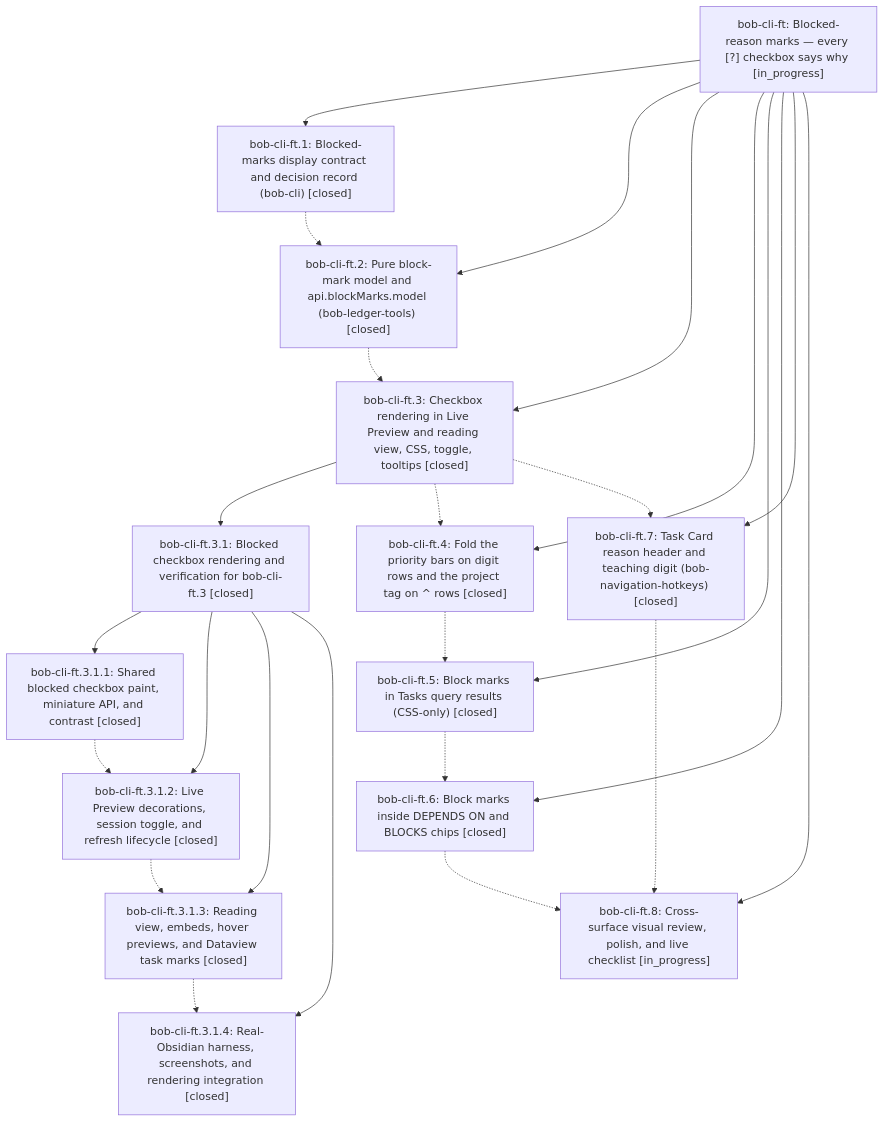
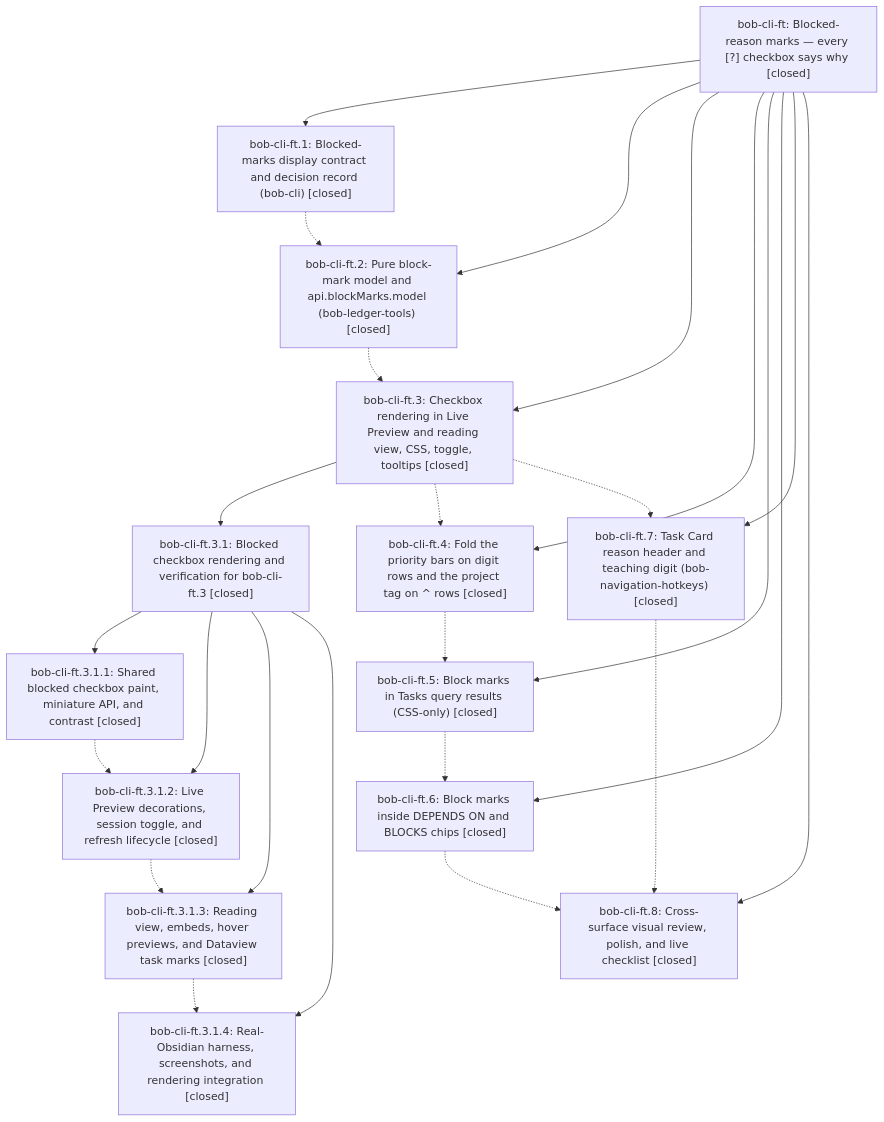
Before and after one commit to bobs-org/bob-cli--beads: the diagram in pages/bob-cli-ft/README.md, drawn with Mermaid. The commit also changed other lines of this file and 3 other files, not shown here.

First line of the commit message:
chore(beads): sync bead state and pages for bob-cli-ft

````diff
--- a/pages/bob-cli-ft/README.md
+++ b/pages/bob-cli-ft/README.md
@@ -43,41 +59,41 @@
 ```mermaid
 flowchart TD
-    n0["bob-cli-ft: Blocked-reason marks — every [?] checkbox says why [in_progress]"]
+    n0["bob-cli-ft: Blocked-reason marks — every [?] checkbox says why [closed]"]
     n1["bob-cli-ft.1: Blocked-marks display contract and decision record (bob-cli) [closed]"]
     n2["bob-cli-ft.2: Pure block-mark model and api.blockMarks.model (bob-ledger-tools) [closed]"]
     n3["bob-cli-ft.3: Checkbox rendering in Live Preview and reading view, CSS, toggle, tooltips [closed]"]
     n4["bob-cli-ft.3.1: Blocked checkbox rendering and verification for bob-cli-ft.3 [closed]"]
     n5["bob-cli-ft.3.1.1: Shared blocked checkbox paint, miniature API, and contrast [closed]"]
     n6["bob-cli-ft.3.1.2: Live Preview decorations, session toggle, and refresh lifecycle [closed]"]
     n7["bob-cli-ft.3.1.3: Reading view, embeds, hover previews, and Dataview task marks [closed]"]
     n8["bob-cli-ft.3.1.4: Real-Obsidian harness, screenshots, and rendering integration [closed]"]
     n9["bob-cli-ft.4: Fold the priority bars on digit rows and the project tag on ^ rows [closed]"]
     n10["bob-cli-ft.5: Block marks in Tasks query results (CSS-only) [closed]"]
     n11["bob-cli-ft.6: Block marks inside DEPENDS ON and BLOCKS chips [closed]"]
     n12["bob-cli-ft.7: Task Card reason header and teaching digit (bob-navigation-hotkeys) [closed]"]
-    n13["bob-cli-ft.8: Cross-surface visual review, polish, and live checklist [in_progress]"]
+    n13["bob-cli-ft.8: Cross-surface visual review, polish, and live checklist [closed]"]
     n0 --> n1
     n0 --> n2
     n0 --> n3
     n3 --> n4
     n4 --> n5
     n4 --> n6
     n4 --> n7
     n4 --> n8
     n0 --> n9
     n0 --> n10
     n0 --> n11
     n0 --> n12
     n0 --> n13
     n1 -.-> n2
     n2 -.-> n3
     n3 -.-> n9
     n3 -.-> n12
     n5 -.-> n6
     n6 -.-> n7
     n7 -.-> n8
     n9 -.-> n10
     n10 -.-> n11
     n11 -.-> n13
     n12 -.-> n13
 ```
````
